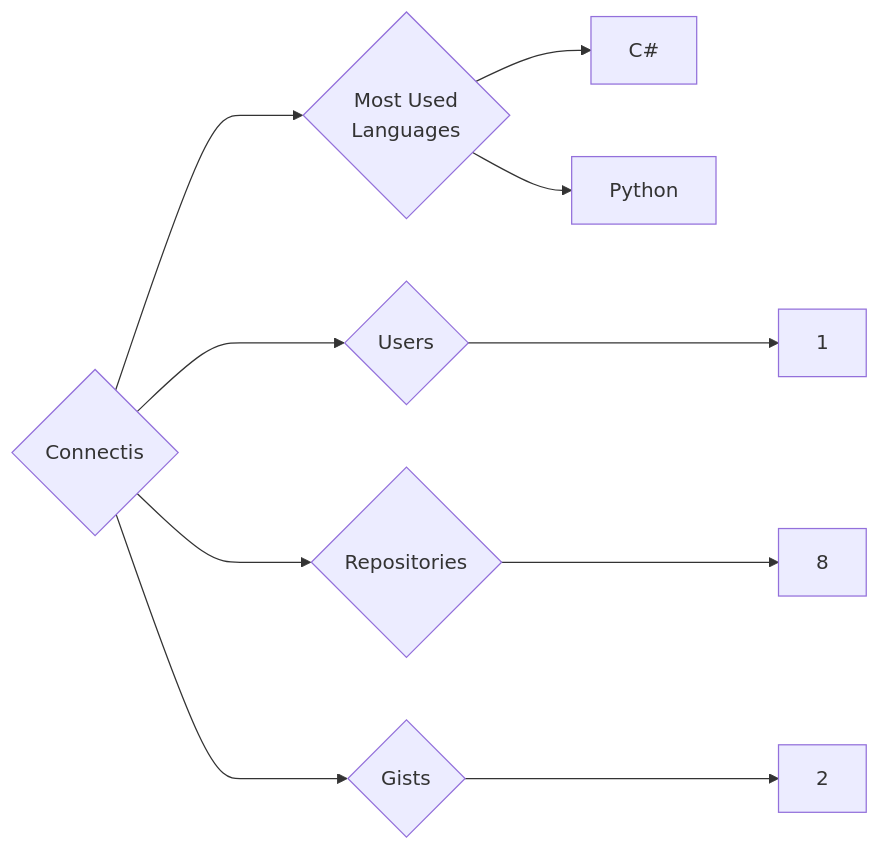
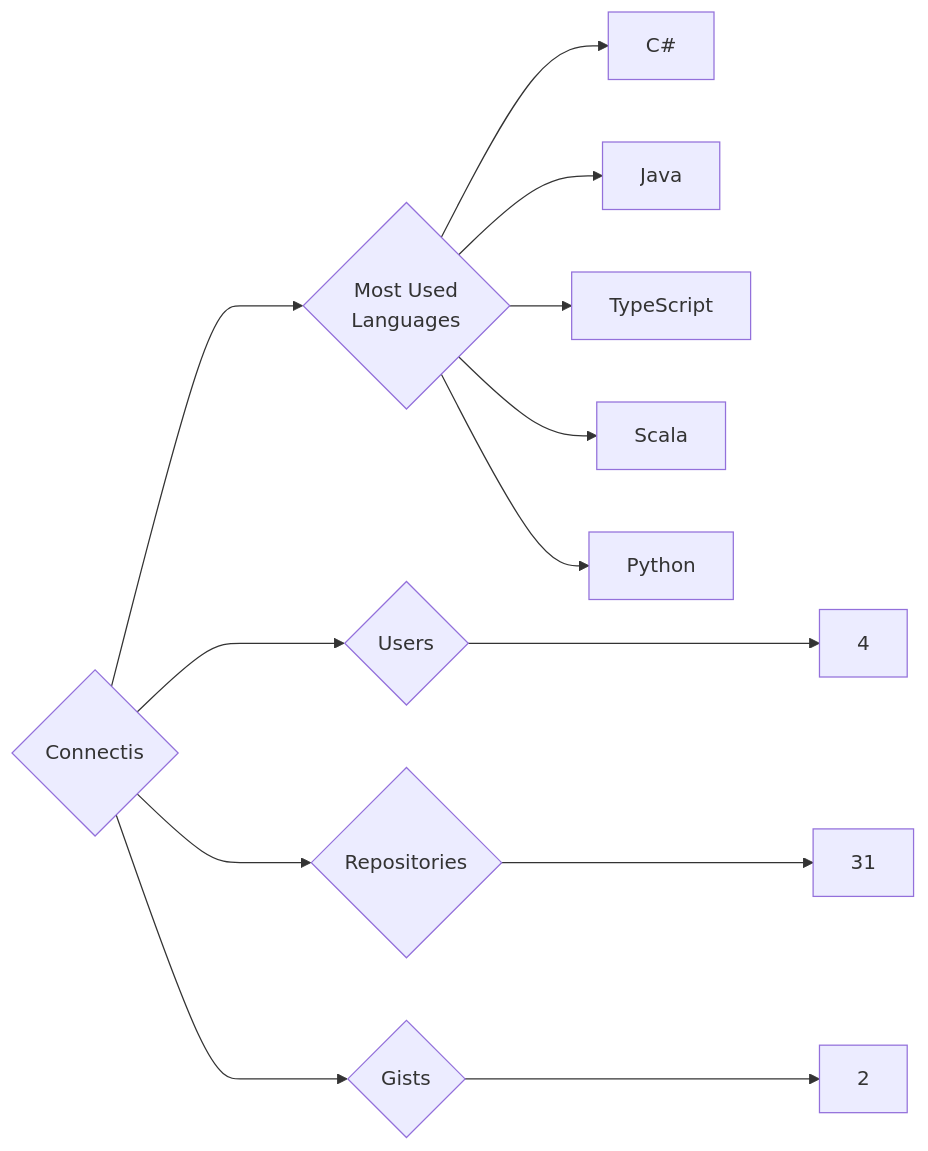
The diagram in targets/Connectis/README.md (trickest/insiders), drawn with Mermaid before and after one commit. The commit also changed 1175 other files, not shown here.

````diff
--- a/targets/Connectis/README.md
+++ b/targets/Connectis/README.md
@@ -3,10 +3,13 @@
 ```mermaid
 graph LR
 COMPANY_NAME{Connectis}
-COMPANY_NAME ---> U{Users} ---> UN[1]
-COMPANY_NAME ---> R{Repositories} ---> RN[8]
+COMPANY_NAME ---> U{Users} ---> UN[4]
+COMPANY_NAME ---> R{Repositories} ---> RN[31]
 COMPANY_NAME ---> G{Gists} ---> GN[2]
 COMPANY_NAME ---> ML{Most Used<br>Languages}
 ML --> C#[C#]
+ML --> Java[Java]
+ML --> TypeScript[TypeScript]
+ML --> Scala[Scala]
 ML --> Python[Python]
 ```
````
